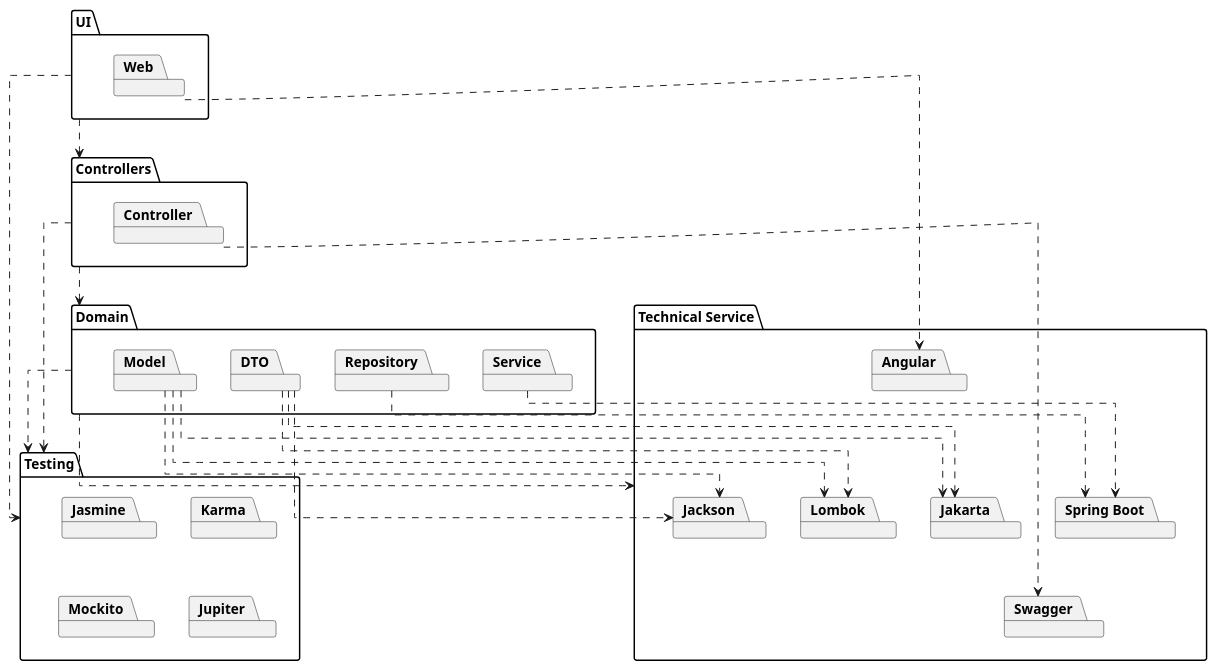
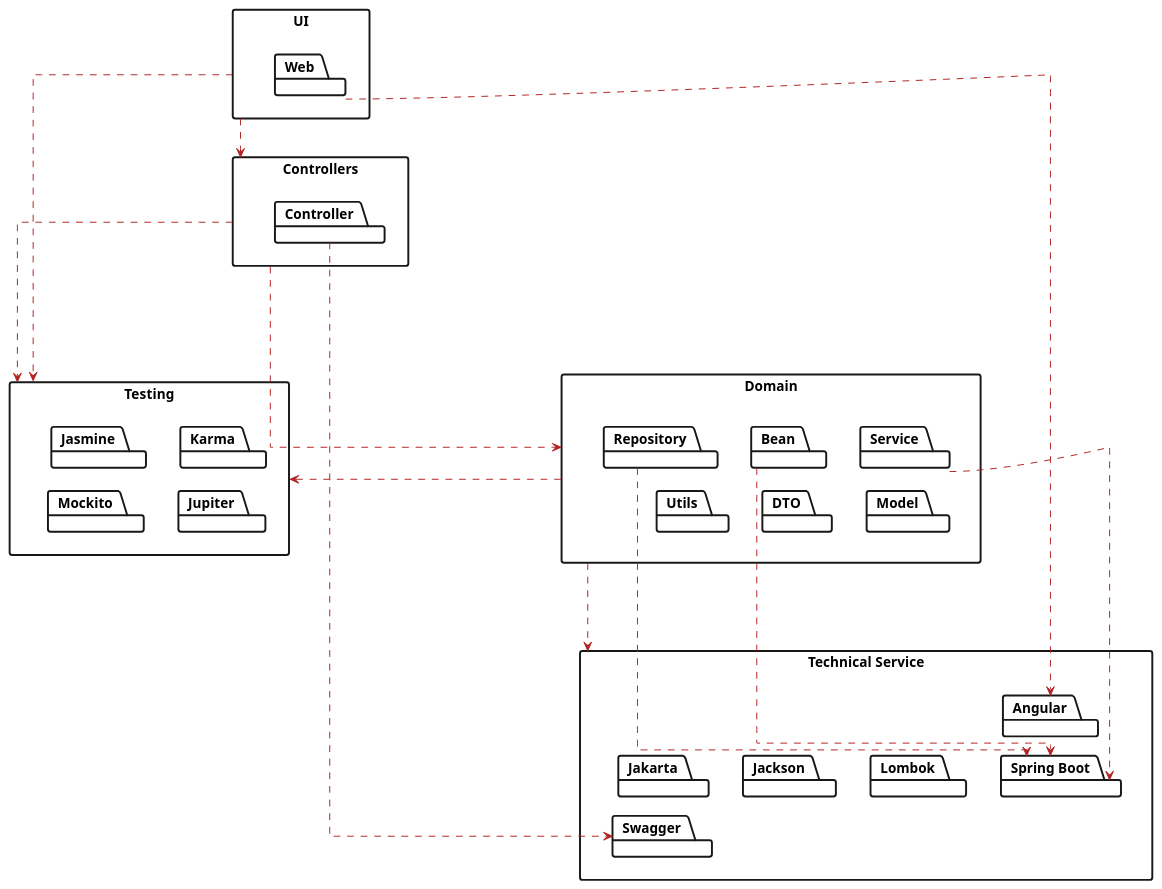
Before and after one commit to patrickwinti/worldwidewalter: the diagram in docs/diagrams/pacakge_diagramm.plantuml, drawn with PlantUML.

Commit message:
[WWW-59] package diagram

```diff
--- a/docs/diagrams/pacakge_diagramm.plantuml
+++ b/docs/diagrams/pacakge_diagramm.plantuml
@@ -1,63 +1,70 @@
 @startuml
+top to bottom direction
 skinparam linetype ortho
-top to bottom direction
+skinparam ArrowColor Firebrick
+skinparam packageStyle rectangle
+skinparam package {
+    BackgroundColor white
+    BorderThickness 2
+}
+skinparam rectangle {
+    BackgroundColor white
+    BorderThickness 2
+}
+skinparam ranksep  20
 
 package "Technical Service" {
     package Angular
     together {
         package "Spring Boot"
         package Lombok
         package Jackson
         package Jakarta
     }
     package Swagger
 }
 
 package Testing {
     package Jasmine
     package Karma
     package Mockito
     package Jupiter
 }
 
 package Controllers {
     package Controller
 }
 
 package Domain {
-    package DTO
-    package Model
-    package Service
-    package Repository
+    together {
+       package Service
+       package Repository
+       package Bean
+    }
+    together {
+        package Model
+        package DTO
+        package Utils
+    }
 }
 
 package UI {
     package Web
 }
 
 UI ..> Controllers
-Controllers ..> Domain
-Domain ..> "Technical Service"
-
-UI ..> Testing
-Controllers ..> Testing
-Domain ..> Testing
-
-DTO ..> Jackson
-DTO ..> Lombok
-DTO ..> Jakarta
-
-Model ..> Jackson
-Model ..> Lombok
-Model ..> Jakarta
-
-Service ..>"Spring Boot"
-Repository ..>"Spring Boot"
+UI .d.....> Testing
+Controllers .d.> Domain
+Controllers .d.....> Testing
+Domain .d.....> "Technical Service"
+Domain .l.....> Testing
 
 Web ..> Angular
-
 Controller ..> Swagger
-
+Service ..> "Spring Boot"
+Repository .r.> "Spring Boot"
+Bean ..> "Spring Boot"
 Angular -[hidden]- "Spring Boot"
 Jakarta -[hidden]- Swagger
+Service -[hidden]- Model
 @enduml
```
